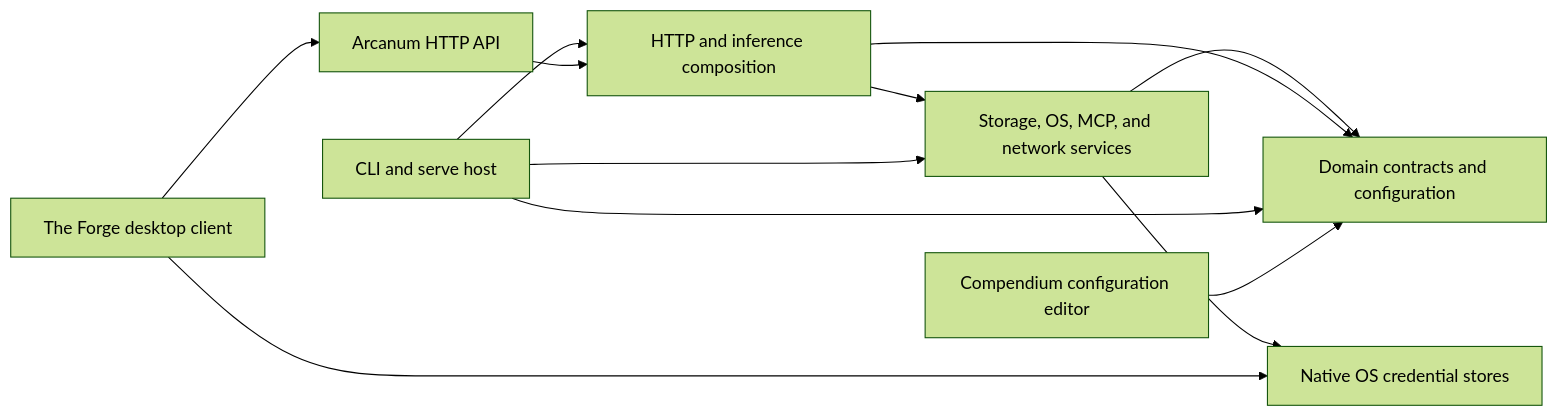
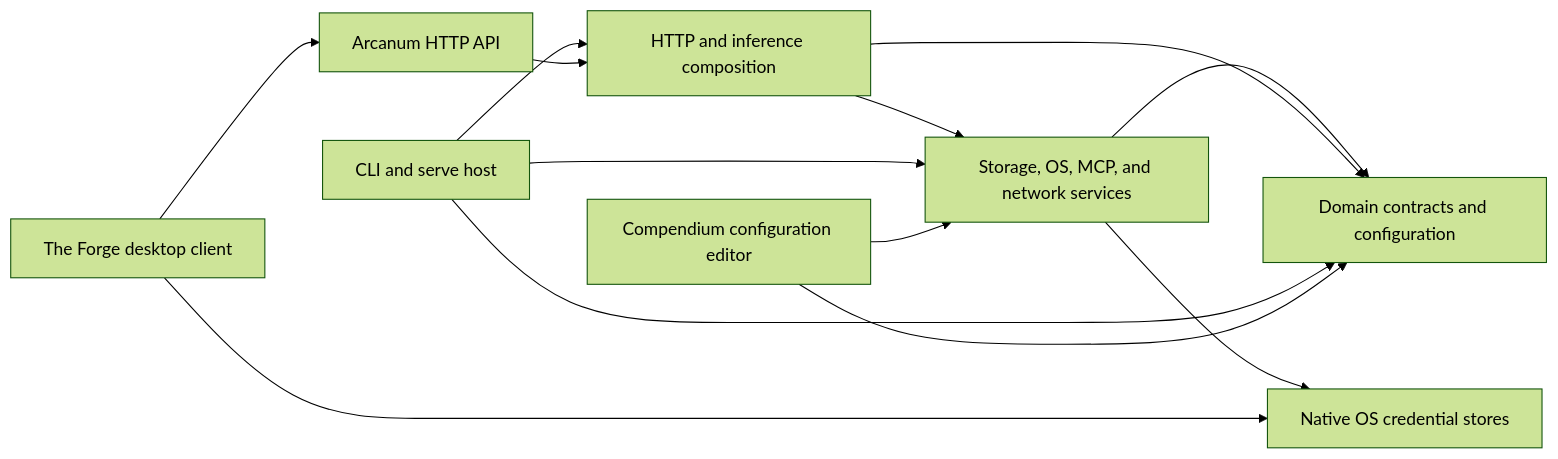
One commit to Retro-Downfall/RetroDownfall.Arcanum changed the first of 2 diagrams in docs/Arcanum.Design.Human.md. Above: the diagram before and after it, drawn with Mermaid (forest theme). The commit also changed other lines of this file and 64 other files, not shown here.

````diff
--- a/docs/Arcanum.Design.Human.md
+++ b/docs/Arcanum.Design.Human.md
@@ -55,14 +55,15 @@
 ```mermaid
 flowchart LR
     Cli["CLI and serve host"] --> Api["HTTP and inference composition"]
     Api --> Infrastructure["Storage, OS, MCP, and network services"]
     Infrastructure --> Core["Domain contracts and configuration"]
     Infrastructure --> Secrets["Native OS credential stores"]
     Api --> Core
     Cli --> Infrastructure
     Cli --> Core
     Compendium["Compendium configuration editor"] --> Core
+    Compendium --> Infrastructure
     Forge["The Forge desktop client"] --> Http["Arcanum HTTP API"]
     Forge --> Secrets
     Http --> Api
 ```
````
